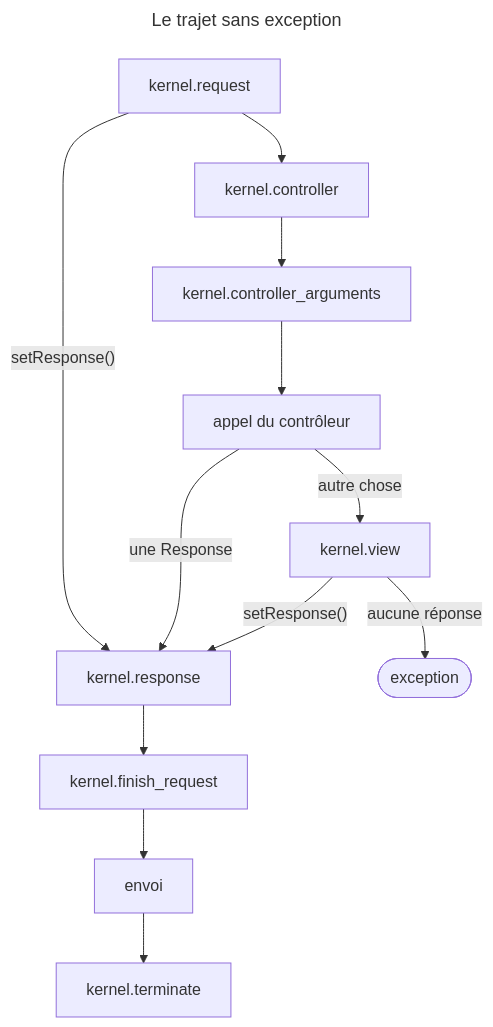
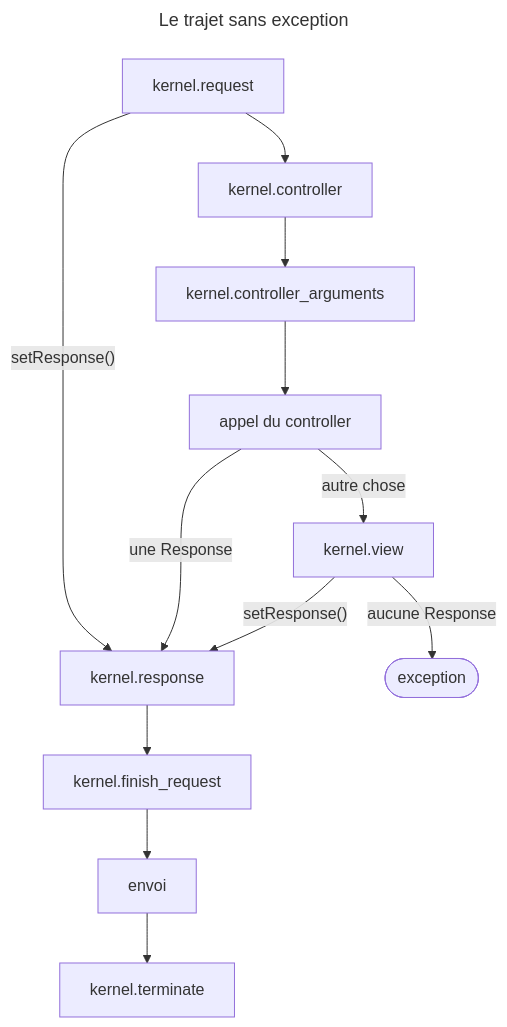
One commit to jasserYahyaoui/Symfony-8-Certification-Path changed the first of 2 diagrams in content/courses/CRS-mpwjc4g3vmj7.md. Above: the diagram before and after it, drawn with Mermaid. The commit also changed other lines of this file and 207 other files, not shown here.

````diff
--- a/content/courses/CRS-mpwjc4g3vmj7.md
+++ b/content/courses/CRS-mpwjc4g3vmj7.md
@@ -162,19 +162,19 @@
 ```mermaid
 ---
 title: Le trajet sans exception
 ---
 flowchart TD
-  accTitle: Le trajet d'une requête principale sans exception
-  accDescr: kernel.request peut poser une réponse et sauter le contrôleur. Sinon kernel.controller, kernel.controller_arguments, puis l'appel du contrôleur. kernel.view n'a lieu que si le retour n'est pas une Response, et s'il ne pose aucune réponse, une exception est levée. Toute réponse passe par kernel.response puis kernel.finish_request, et kernel.terminate suit l'envoi.
+  accTitle: Le trajet d'une main Request sans exception
+  accDescr: kernel.request peut poser une Response et sauter le controller. Sinon kernel.controller, kernel.controller_arguments, puis l'appel du controller. kernel.view n'a lieu que si le retour n'est pas une Response, et s'il ne pose aucune Response, une exception est levée. Toute Response passe par kernel.response puis kernel.finish_request, et kernel.terminate suit l'envoi.
   REQ["kernel.request"] -->|"setResponse()"| RESP
   REQ --> CTRL["kernel.controller"]
   CTRL --> ARGS["kernel.controller_arguments"]
-  ARGS --> CALL["appel du contrôleur"]
+  ARGS --> CALL["appel du controller"]
   CALL -->|"une Response"| RESP["kernel.response"]
   CALL -->|"autre chose"| VIEW["kernel.view"]
   VIEW -->|"setResponse()"| RESP
-  VIEW -->|"aucune réponse"| ERR(["exception"])
+  VIEW -->|"aucune Response"| ERR(["exception"])
   RESP --> FIN["kernel.finish_request"]
   FIN --> SEND["envoi"]
   SEND --> TERM["kernel.terminate"]
 ```
````
